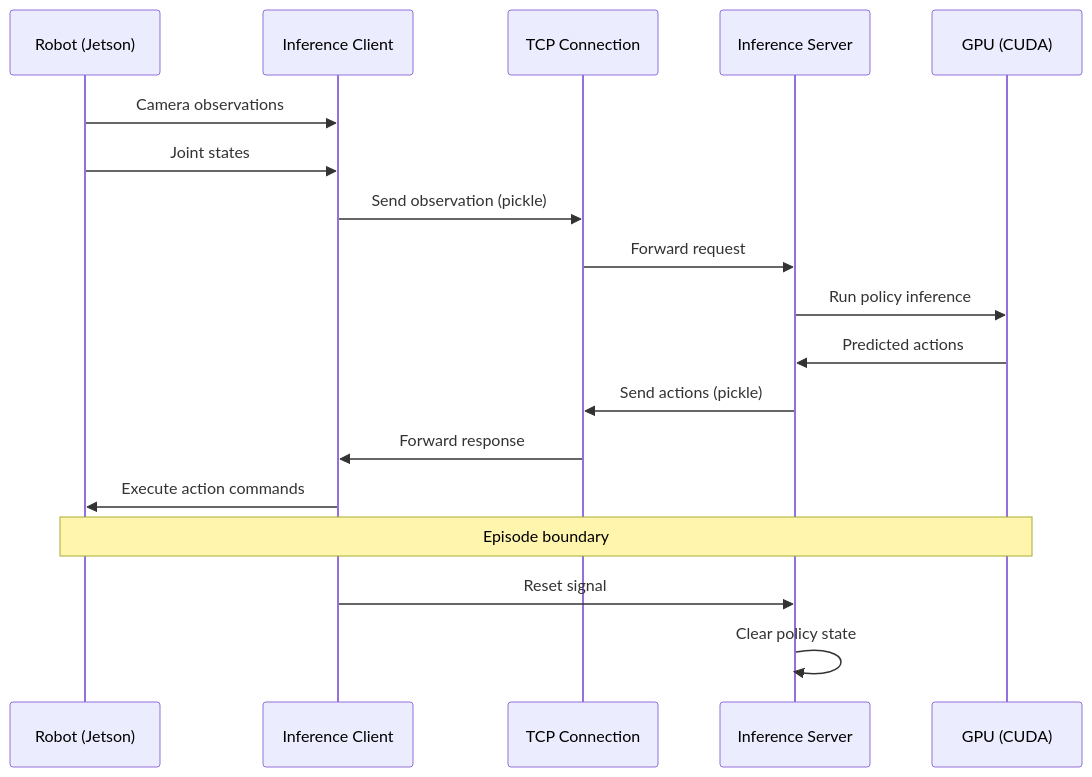
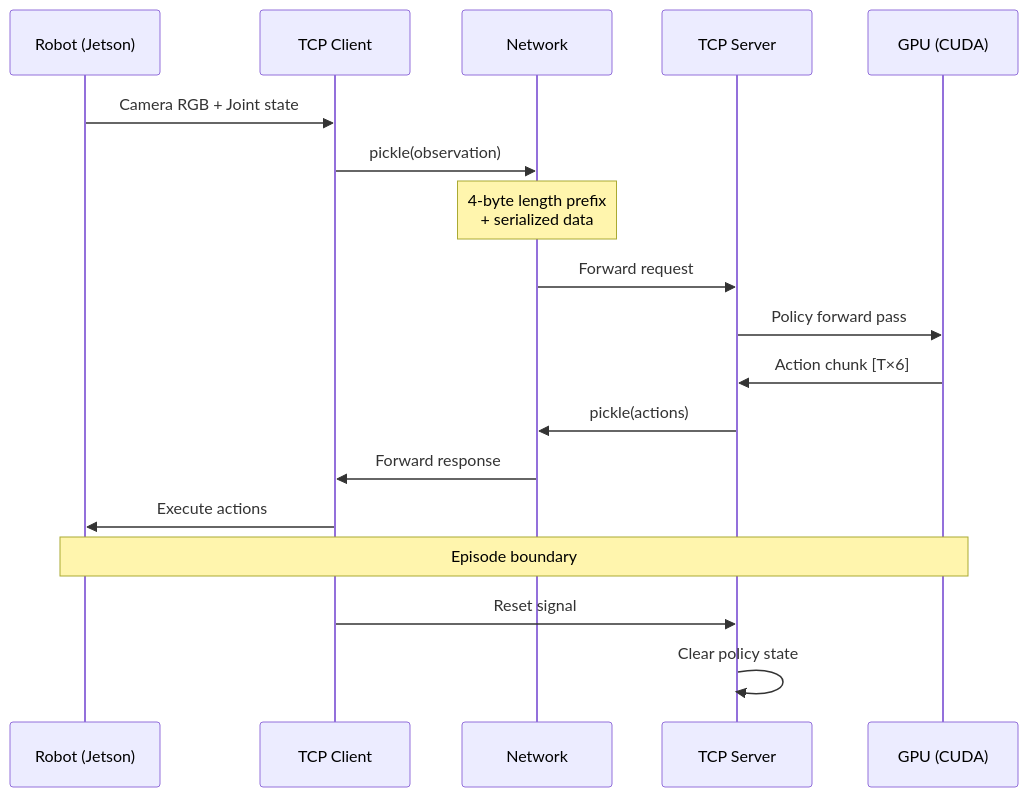
Before and after one commit to nu-jliu/nu-jliu.github.io: the eighth of 12 diagrams in _posts/2025-12-18-allen-vla.md, drawn with Mermaid. The commit also changed other lines of this file, not shown here.

````diff
--- a/_posts/2025-12-18-allen-vla.md
+++ b/_posts/2025-12-18-allen-vla.md
@@ -243,22 +619,22 @@
 ```mermaid
 sequenceDiagram
-    participant Robot as Robot (Jetson)
-    participant Client as Inference Client
-    participant Network as TCP Connection
-    participant Server as Inference Server
-    participant GPU as GPU (CUDA)
+    participant 🤖 as Robot (Jetson)
+    participant 📡 as TCP Client
+    participant 🌐 as Network
+    participant 🖥️ as TCP Server
+    participant 🎮 as GPU (CUDA)
 
-    Robot->>Client: Camera observations
-    Robot->>Client: Joint states
-    Client->>Network: Send observation (pickle)
-    Network->>Server: Forward request
-    Server->>GPU: Run policy inference
-    GPU->>Server: Predicted actions
-    Server->>Network: Send actions (pickle)
-    Network->>Client: Forward response
-    Client->>Robot: Execute action commands
+    🤖->>📡: Camera RGB + Joint state
+    📡->>🌐: pickle(observation)
+    Note over 🌐: 4-byte length prefix<br/>+ serialized data
+    🌐->>🖥️: Forward request
+    🖥️->>🎮: Policy forward pass
+    🎮->>🖥️: Action chunk [T×6]
+    🖥️->>🌐: pickle(actions)
+    🌐->>📡: Forward response
+    📡->>🤖: Execute actions
 
-    Note over Robot,GPU: Episode boundary
-    Client->>Server: Reset signal
-    Server->>Server: Clear policy state
+    Note over 🤖,🎮: Episode boundary
+    📡->>🖥️: Reset signal
+    🖥️->>🖥️: Clear policy state
 ```
````
